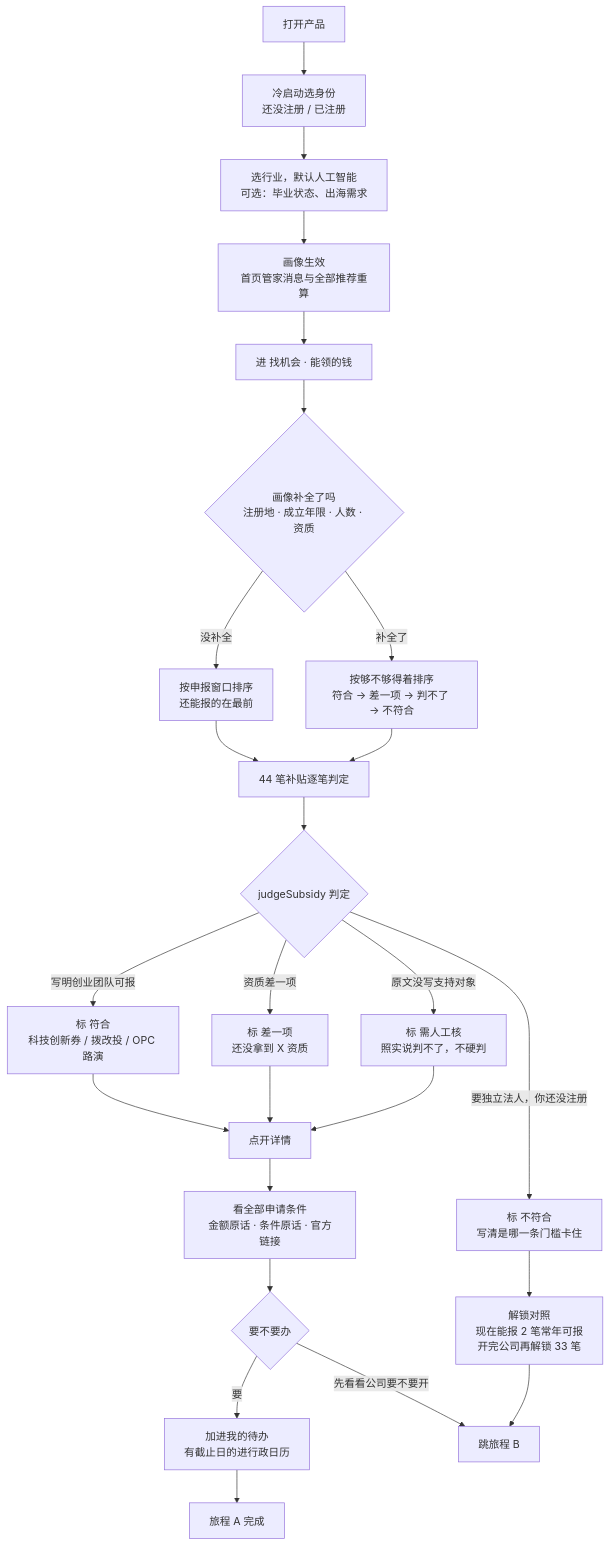
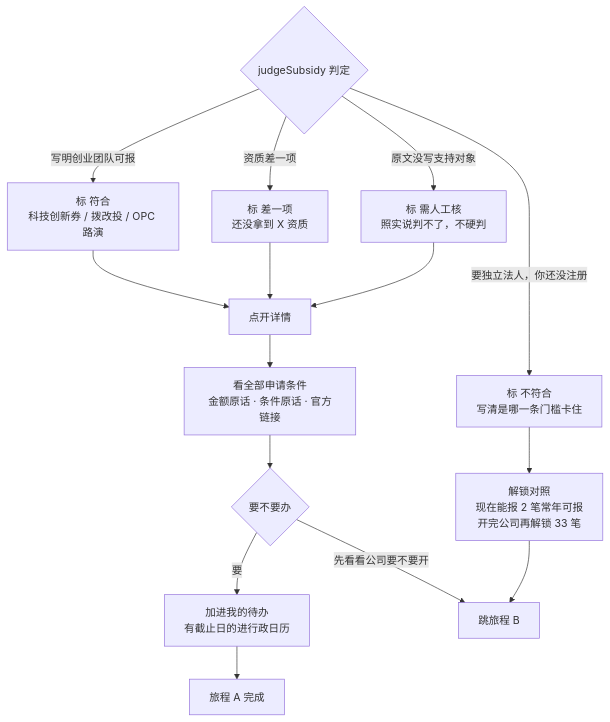
One commit to 0xmandy/shenicest-beichen-chuangyedazi changed the third of 11 diagrams in docs/shenicest-北辰-创业搭子-产品方案文档-Claude-2026-08-29.md. Above: the diagram before and after it, drawn with Mermaid. The commit also changed other lines of this file and 4 other files, not shown here.

First line of the commit message:
docs: 产品方案文档出图与出 docx 两个脚本立文，README 补条目

````diff
--- a/docs/shenicest-北辰-创业搭子-产品方案文档-Claude-2026-08-29.md
+++ b/docs/shenicest-北辰-创业搭子-产品方案文档-Claude-2026-08-29.md
@@ -252,27 +224,18 @@
 ```mermaid
 flowchart TD
-    A1["打开产品"] --> A2["冷启动选身份<br/>还没注册 / 已注册"]
-    A2 --> A3["选行业，默认人工智能<br/>可选：毕业状态、出海需求"]
-    A3 --> A4["画像生效<br/>首页管家消息与全部推荐重算"]
-    A4 --> A5["进 找机会 · 能领的钱"]
-    A5 --> A6{"画像补全了吗<br/>注册地 · 成立年限 · 人数 · 资质"}
-    A6 -- "没补全" --> A7["按申报窗口排序<br/>还能报的在最前"]
-    A6 -- "补全了" --> A8["按够不够得着排序<br/>符合 → 差一项 → 判不了 → 不符合"]
-    A7 --> A9
-    A8 --> A9["44 笔补贴逐笔判定"]
-    A9 --> B1{"judgeSubsidy 判定"}
+    B1{"judgeSubsidy 判定"}
     B1 -- "要独立法人，你还没注册" --> C1["标 不符合<br/>写清是哪一条门槛卡住"]
     B1 -- "写明创业团队可报" --> C2["标 符合<br/>科技创新券 / 拨改投 / OPC 路演"]
     B1 -- "资质差一项" --> C3["标 差一项<br/>还没拿到 X 资质"]
     B1 -- "原文没写支持对象" --> C4["标 需人工核<br/>照实说判不了，不硬判"]
     C1 --> D1["解锁对照<br/>现在能报 2 笔常年可报<br/>开完公司再解锁 33 笔"]
     C2 --> D2["点开详情"]
     C3 --> D2
     C4 --> D2
     D2 --> D3["看全部申请条件<br/>金额原话 · 条件原话 · 官方链接"]
     D3 --> D4{"要不要办"}
     D4 -- "要" --> D5["加进我的待办<br/>有截止日的进行政日历"]
     D4 -- "先看看公司要不要开" --> E1["跳旅程 B"]
     D1 --> E1
     D5 --> D6["旅程 A 完成"]
 ```
````
